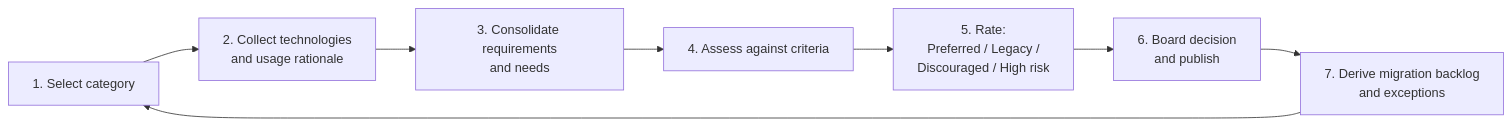
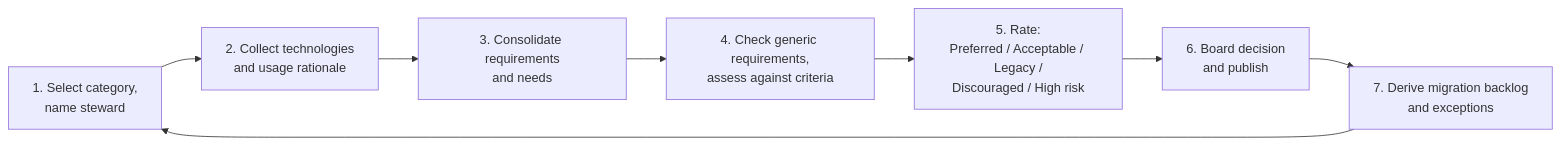
One commit to Kikkirej/framework changed the first of 6 diagrams in docs/Architecture/technology-harmonization.md. Above: the diagram before and after it, drawn with Mermaid. The commit also changed other lines of this file, not shown here.

First line of the commit message:
📝 technology harmonization: apply decisions on categories, roles, generic requirements, rating scale

````diff
--- a/docs/Architecture/technology-harmonization.md
+++ b/docs/Architecture/technology-harmonization.md
@@ -117,10 +150,10 @@
 ```mermaid
 flowchart LR
-    A[1. Select category] --> B[2. Collect technologies<br/>and usage rationale]
+    A[1. Select category,<br/>name steward] --> B[2. Collect technologies<br/>and usage rationale]
     B --> C[3. Consolidate requirements<br/>and needs]
-    C --> D[4. Assess against criteria]
-    D --> E[5. Rate:<br/>Preferred / Legacy /<br/>Discouraged / High risk]
+    C --> D[4. Check generic requirements,<br/>assess against criteria]
+    D --> E[5. Rate:<br/>Preferred / Acceptable / Legacy /<br/>Discouraged / High risk]
     E --> F[6. Board decision<br/>and publish]
     F --> G[7. Derive migration backlog<br/>and exceptions]
     G --> A
 ```
````
